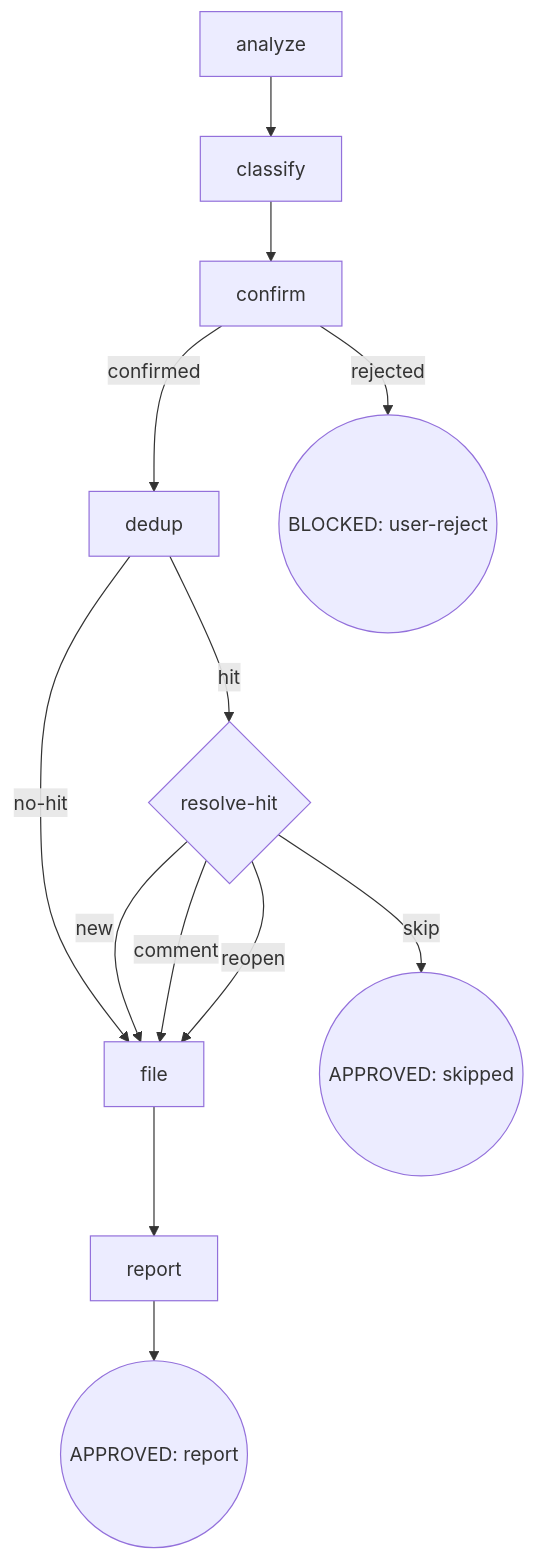
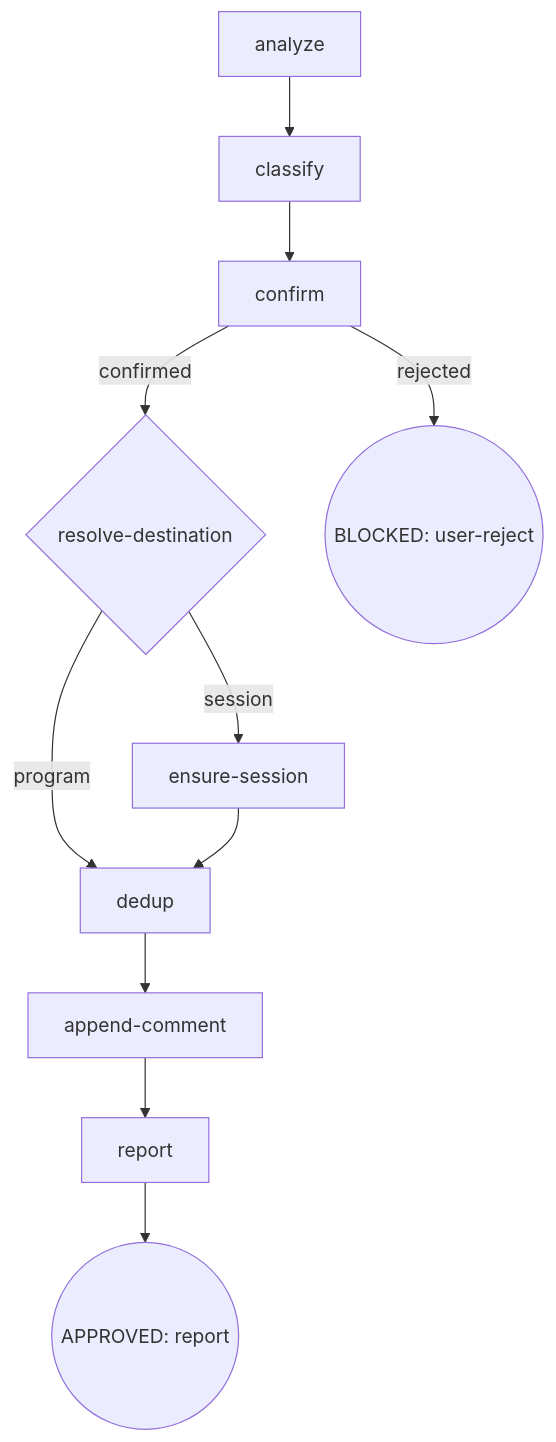
The diagram in packages/osuperpowers/skills/report-issue/SKILL.md (Oscaner/skills), drawn with Mermaid before and after one commit. The commit also changed other lines of this file and 9 other files, not shown here.

````diff
--- a/packages/osuperpowers/skills/report-issue/SKILL.md
+++ b/packages/osuperpowers/skills/report-issue/SKILL.md
@@ -12,15 +12,13 @@
 ```mermaid
 flowchart TD
   A[analyze] --> B[classify]
   B --> C[confirm]
-  C -->|confirmed| E[dedup]
+  C -->|confirmed| D{resolve-destination}
   C -->|rejected| Z1((BLOCKED: user-reject))
-  E -->|hit| F{resolve-hit}
-  E -->|no-hit| G[file]
-  F -->|new| G
-  F -->|comment| G
-  F -->|reopen| G
-  F -->|skip| H((APPROVED: skipped))
-  G --> I[report]
-  I --> J((APPROVED: report))
+  D -->|program| E[dedup]
+  D -->|session| F[ensure-session]
+  F --> E
+  E --> G[append-comment]
+  G --> H[report]
+  H --> J((APPROVED: report))
 ```
````
